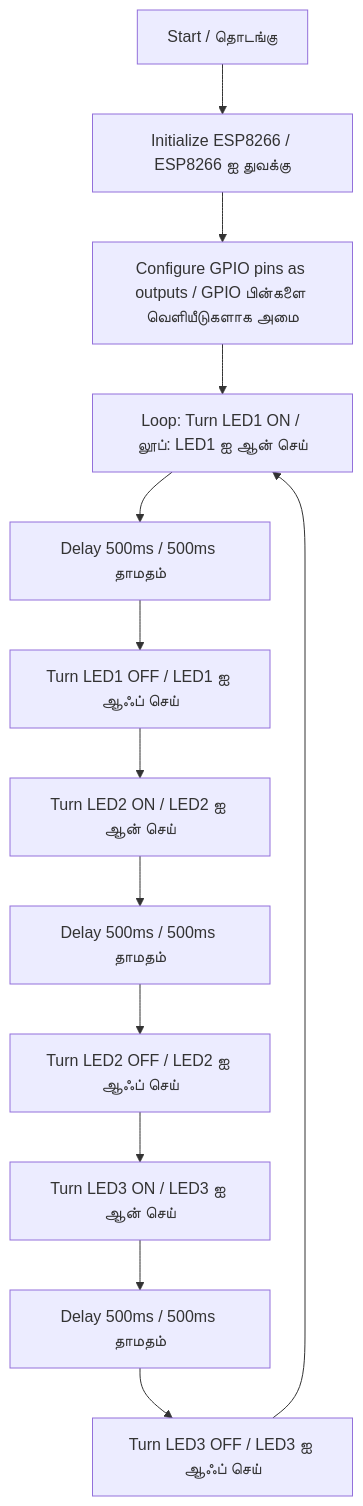
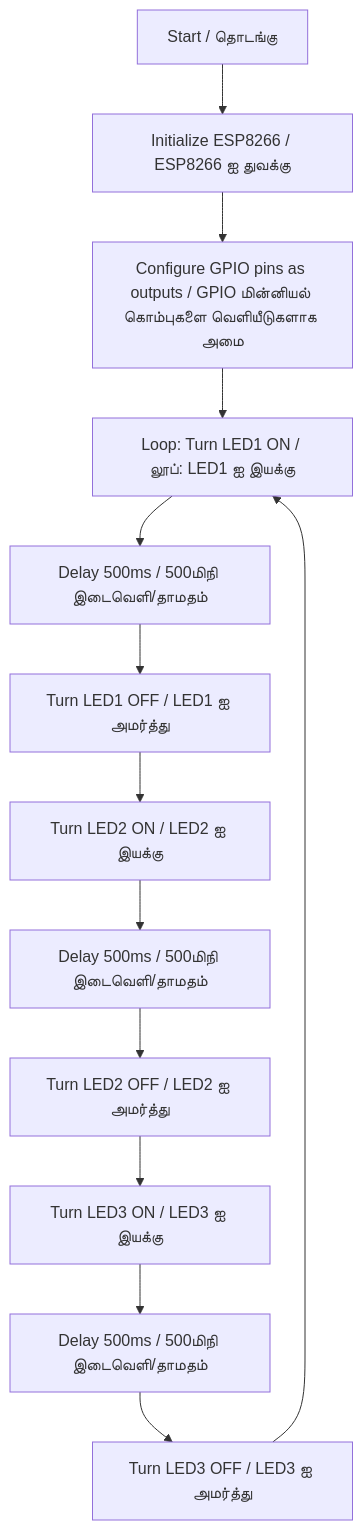
Before and after one commit to Knowledge2Intelligence/esp8266_Projects: the diagram in README.md, drawn with Mermaid. The commit also changed other lines of this file, not shown here.

````diff
--- a/README.md
+++ b/README.md
@@ -15,15 +17,15 @@
 ```mermaid
 graph TD
     A[Start / தொடங்கு] --> B[Initialize ESP8266 / ESP8266 ஐ துவக்கு]  
-    B --> C[Configure GPIO pins as outputs / GPIO பின்களை வெளியீடுகளாக அமை]  
-    C --> D[Loop: Turn LED1 ON / லூப்: LED1 ஐ ஆன் செய்]  
-    D --> E[Delay 500ms / 500ms தாமதம்]  
-    E --> F[Turn LED1 OFF / LED1 ஐ ஆஃப் செய்]  
-    F --> G[Turn LED2 ON / LED2 ஐ ஆன் செய்]  
-    G --> H[Delay 500ms / 500ms தாமதம்]  
-    H --> I[Turn LED2 OFF / LED2 ஐ ஆஃப் செய்]  
-    I --> J[Turn LED3 ON / LED3 ஐ ஆன் செய்]  
-    J --> K[Delay 500ms / 500ms தாமதம்]  
-    K --> L[Turn LED3 OFF / LED3 ஐ ஆஃப் செய்]  
+    B --> C[Configure GPIO pins as outputs / GPIO மின்னியல் கொம்புகளை வெளியீடுகளாக அமை]  
+    C --> D[Loop: Turn LED1 ON / லூப்: LED1 ஐ இயக்கு]  
+    D --> E[Delay 500ms / 500மிநி இடைவெளி/தாமதம்]  
+    E --> F[Turn LED1 OFF / LED1 ஐ அமர்த்து ]  
+    F --> G[Turn LED2 ON / LED2 ஐ இயக்கு]  
+    G --> H[Delay 500ms / 500மிநி இடைவெளி/தாமதம்]  
+    H --> I[Turn LED2 OFF / LED2 ஐ அமர்த்து ]  
+    I --> J[Turn LED3 ON / LED3 ஐ இயக்கு]  
+    J --> K[Delay 500ms / 500மிநி இடைவெளி/தாமதம்]  
+    K --> L[Turn LED3 OFF / LED3 ஐ அமர்த்து ]  
     L --> D
 ```
````
